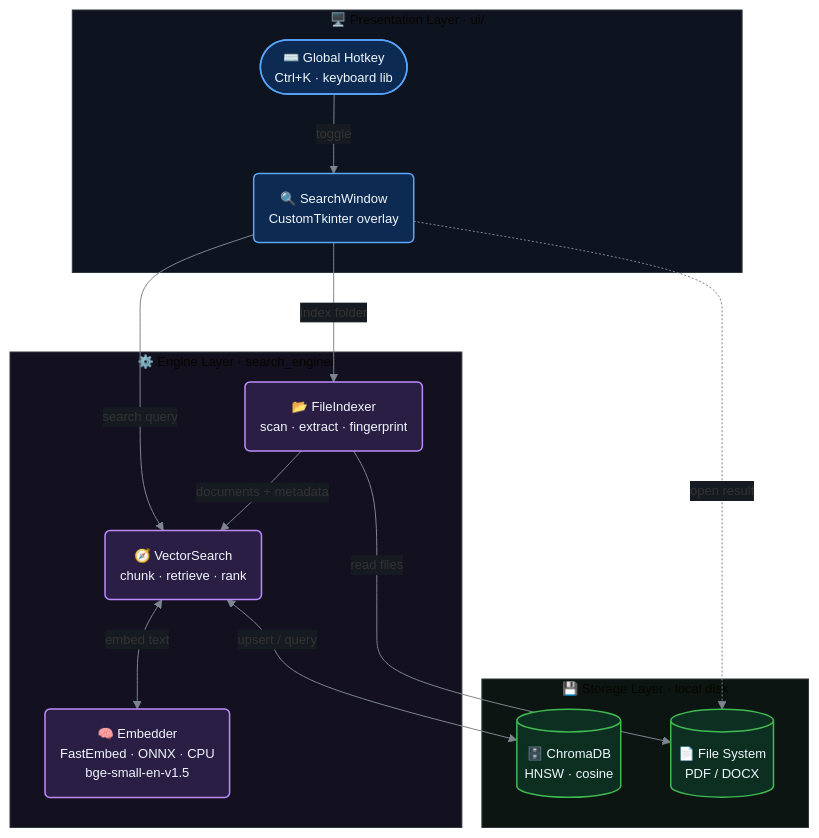
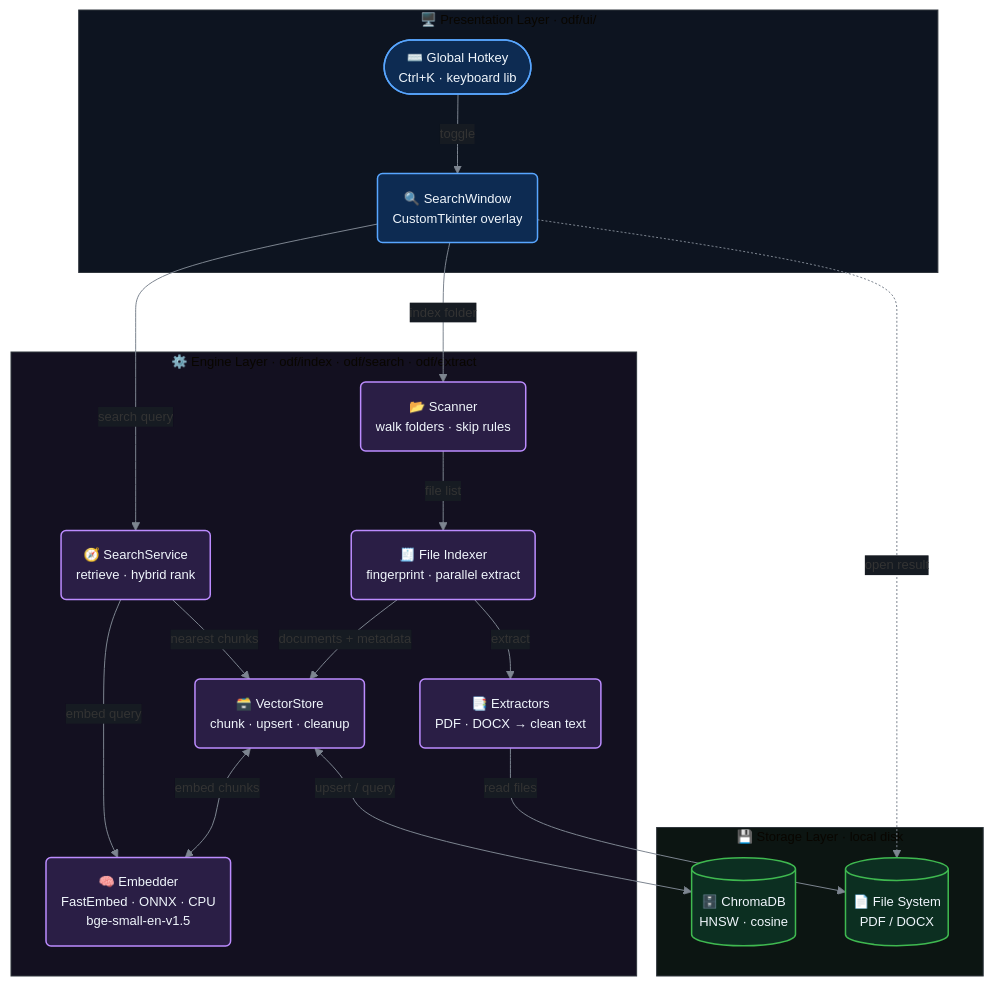
The first of 3 diagrams in README.md (7pk5/ODF), drawn with Mermaid before and after one commit. The commit also changed other lines of this file, not shown here.

Commit message:
Update README architecture and project structure for src/odf layout

````diff
--- a/README.md
+++ b/README.md
@@ -70,51 +70,58 @@
 ```mermaid
 %%{init: {
   'theme': 'base',
     'themeCSS': '.node rect, .node circle, .node polygon, .node path { filter: drop-shadow(2px 4px 5px rgba(0,0,0,0.55)); } .cluster rect { filter: drop-shadow(3px 6px 8px rgba(0,0,0,0.45)); } .cluster-label span { color: #e6edf3; font-weight: 600; } .edgeLabel span { color: #adbac7; }',
   'flowchart': { 'curve': 'basis', 'nodeSpacing': 50, 'rankSpacing': 60 },
   'themeVariables': {
     'fontFamily': 'Segoe UI, Helvetica, Arial, sans-serif',
     'fontSize': '13px',
     'lineColor': '#7d8590',
     'textColor': '#adbac7',
     'edgeLabelBackground': '#161b22',
     'clusterBorder': '#30363d'
   }
 }}%%
 flowchart TB
-    subgraph UI["&nbsp;🖥️ Presentation Layer · ui/&nbsp;"]
+    subgraph UI["&nbsp;🖥️ Presentation Layer · odf/ui/&nbsp;"]
         HK(["⌨️ Global Hotkey<br/>Ctrl+K · keyboard lib"])
         SW("🔍 SearchWindow<br/>CustomTkinter overlay")
     end
 
-    subgraph ENGINE["&nbsp;⚙️ Engine Layer · search_engine/&nbsp;"]
-        FI("📂 FileIndexer<br/>scan · extract · fingerprint")
-        VS("🧭 VectorSearch<br/>chunk · retrieve · rank")
+    subgraph ENGINE["&nbsp;⚙️ Engine Layer · odf/index · odf/search · odf/extract&nbsp;"]
+        SC("📂 Scanner<br/>walk folders · skip rules")
+        FI("🧾 File Indexer<br/>fingerprint · parallel extract")
+        EX("📑 Extractors<br/>PDF · DOCX → clean text")
+        VS("🗃️ VectorStore<br/>chunk · upsert · cleanup")
+        SS("🧭 SearchService<br/>retrieve · hybrid rank")
         EMB("🧠 Embedder<br/>FastEmbed · ONNX · CPU<br/>bge-small-en-v1.5")
     end
 
     subgraph STORAGE["&nbsp;💾 Storage Layer · local disk&nbsp;"]
         DB[("🗄️ ChromaDB<br/>HNSW · cosine")]
         FS[("📄 File System<br/>PDF / DOCX")]
     end
 
     HK -->|toggle| SW
-    SW -->|index folder| FI
-    SW -->|search query| VS
-    FI -->|read files| FS
+    SW -->|index folder| SC
+    SC -->|file list| FI
+    FI -->|extract| EX
+    EX -->|read files| FS
     FI -->|documents + metadata| VS
-    VS <-->|embed text| EMB
+    SW -->|search query| SS
+    SS -->|nearest chunks| VS
+    VS <-->|embed chunks| EMB
+    SS -->|embed query| EMB
     VS <-->|upsert / query| DB
     SW -.->|open result| FS
 
     classDef uiNode fill:#0d2b52,stroke:#58a6ff,stroke-width:1.5px,color:#f0f6fc
     classDef engineNode fill:#2a1e45,stroke:#bc8cff,stroke-width:1.5px,color:#f0f6fc
     classDef storeNode fill:#0c2f21,stroke:#3fb950,stroke-width:1.5px,color:#f0f6fc
     class HK,SW uiNode
-    class FI,VS,EMB engineNode
+    class SC,FI,EX,VS,SS,EMB engineNode
     class DB,FS storeNode
 
     style UI fill:#0d1420,stroke:#30363d,stroke-width:1px
     style ENGINE fill:#131020,stroke:#30363d,stroke-width:1px
     style STORAGE fill:#0c1512,stroke:#30363d,stroke-width:1px
 ```
````
